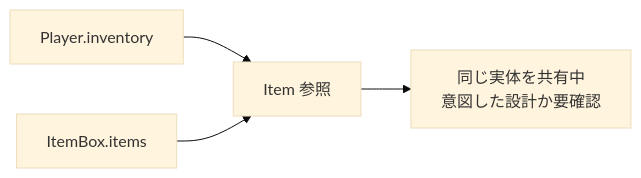
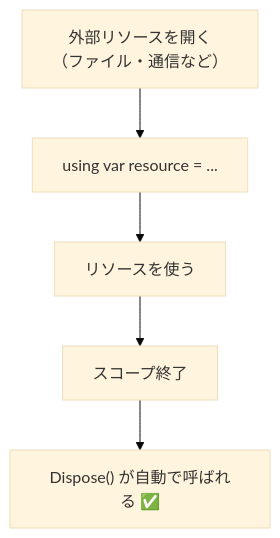
Before and after one commit to fuddt/Cplus: the fifth of 12 diagrams in CsharpVer/chapter-07-smartptr.md, drawn with Mermaid (base theme). The commit also changed other lines of this file, not shown here.

````diff
--- a/CsharpVer/chapter-07-smartptr.md
+++ b/CsharpVer/chapter-07-smartptr.md
@@ -48,6 +187,10 @@
 ```mermaid
-flowchart LR
-    P["Player.inventory"] --> X["Item 参照"]
-    B["ItemBox.items"] --> X
-    X --> Warn["同じ実体を共有中<br/>意図した設計か要確認"]
+flowchart TD
+    A["外部リソースを開く<br/>（ファイル・通信など）"]
+    B["using var resource = ..."]
+    C["リソースを使う"]
+    D["スコープ終了"]
+    E["Dispose() が自動で呼ばれる ✅"]
+
+    A --> B --> C --> D --> E
 ```
````
